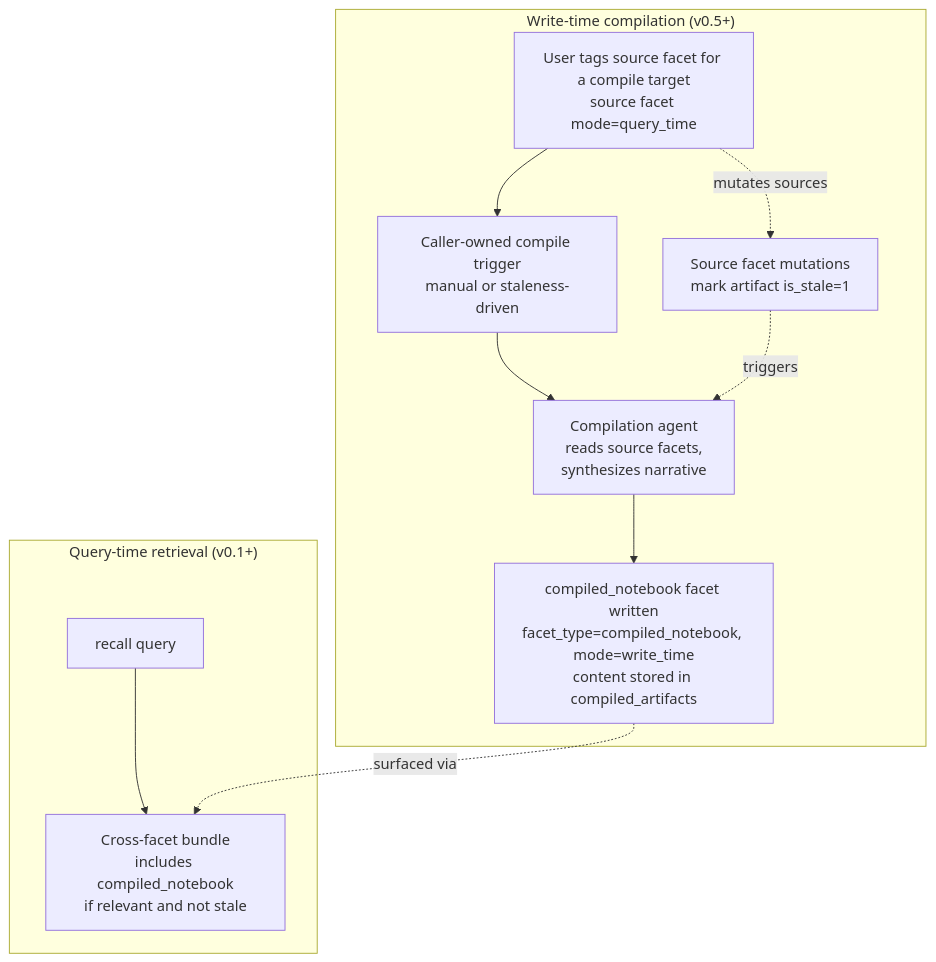
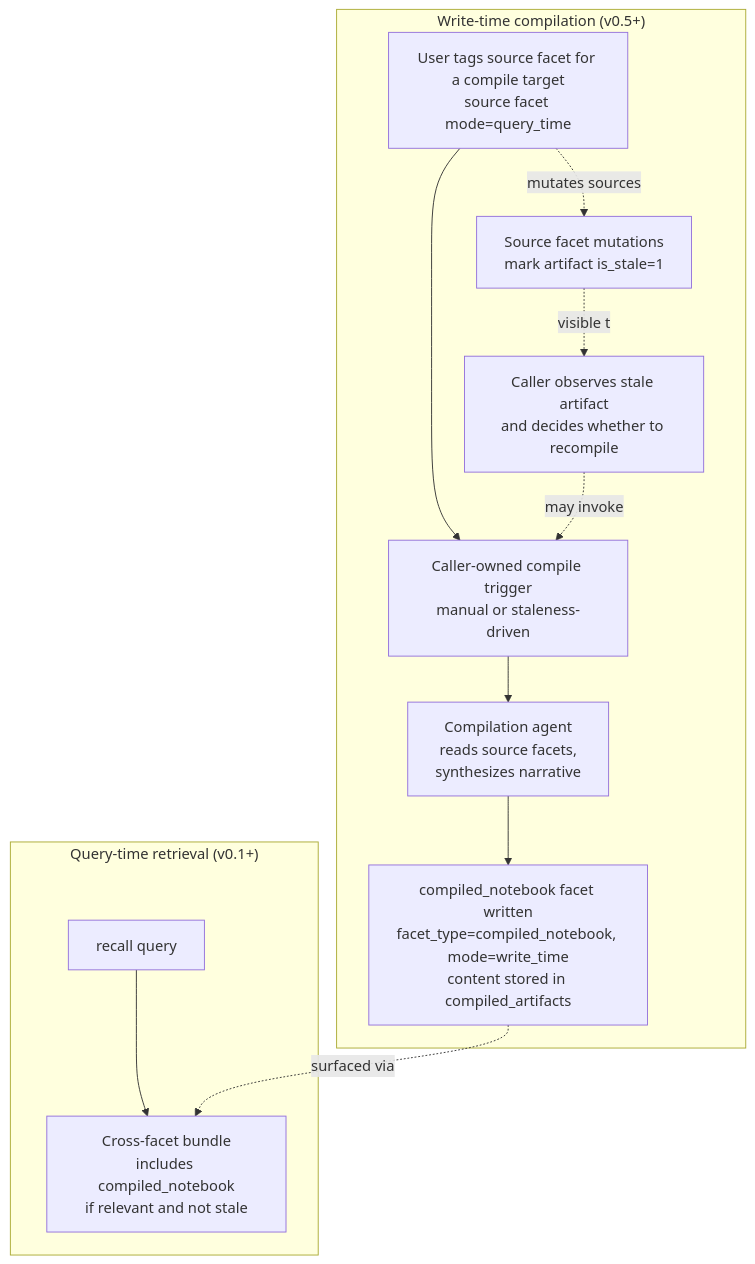
The ninth of 9 diagrams in docs/system-design.md (Mathews-Tom/Tessera), drawn with Mermaid before and after one commit.

Commit message:
docs: align stale playbook diagram

````diff
--- a/docs/system-design.md
+++ b/docs/system-design.md
@@ -537,23 +537,25 @@
 ```mermaid
 graph TB
   subgraph Write["Write-time compilation (v0.5+)"]
     ING[User tags source facet for a compile target<br/>source facet mode=query_time]
     TRIGGER[Caller-owned compile trigger<br/>manual or staleness-driven]
     COMPILE[Compilation agent<br/>reads source facets,<br/>synthesizes narrative]
     ARTIFACT[compiled_notebook facet written<br/>facet_type=compiled_notebook, mode=write_time<br/>content stored in compiled_artifacts]
     STALE[Source facet mutations<br/>mark artifact is_stale=1]
+    OBSERVE[Caller observes stale artifact<br/>and decides whether to recompile]
   end
 
   subgraph Query["Query-time retrieval (v0.1+)"]
     ASK[recall query]
     BUNDLE[Cross-facet bundle<br/>includes compiled_notebook<br/>if relevant and not stale]
   end
 
   ING --> TRIGGER
   TRIGGER --> COMPILE
   COMPILE --> ARTIFACT
   ING -.mutates sources.-> STALE
-  STALE -.triggers.-> COMPILE
+  STALE -.visible to.-> OBSERVE
+  OBSERVE -.may invoke.-> TRIGGER
   ASK --> BUNDLE
   ARTIFACT -.surfaced via.-> BUNDLE
 ```
````
